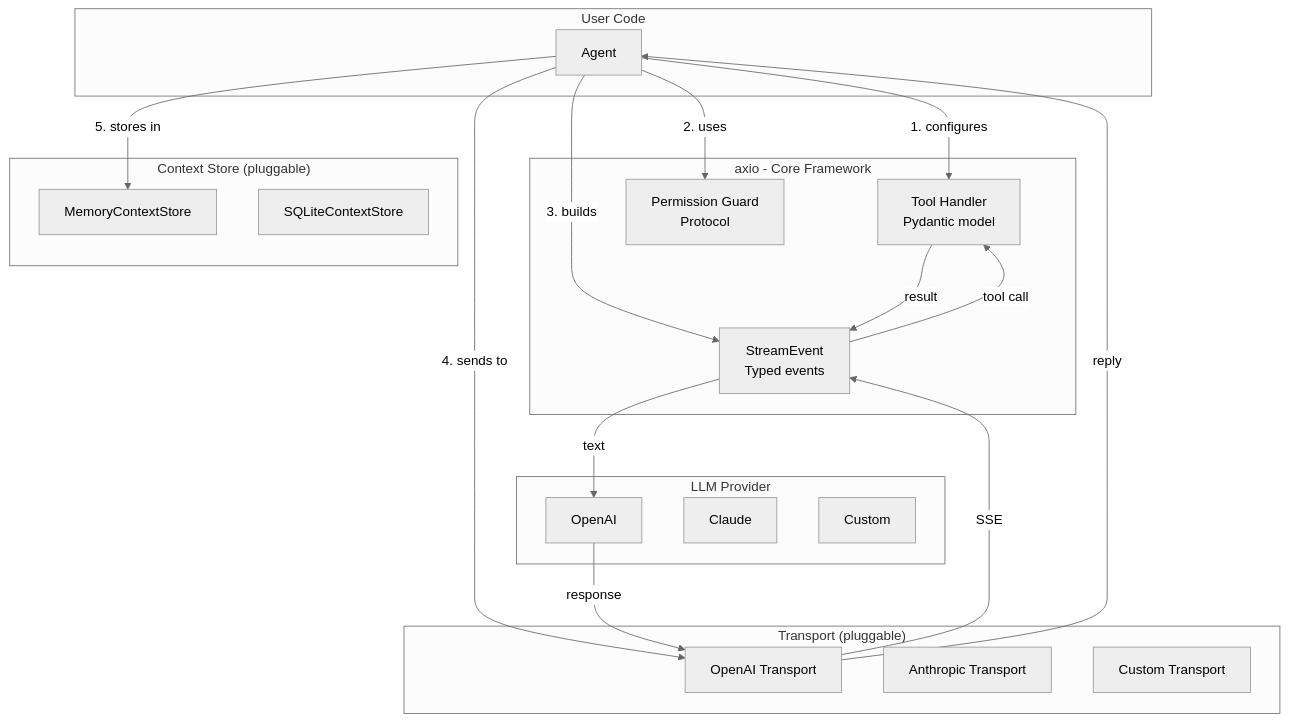
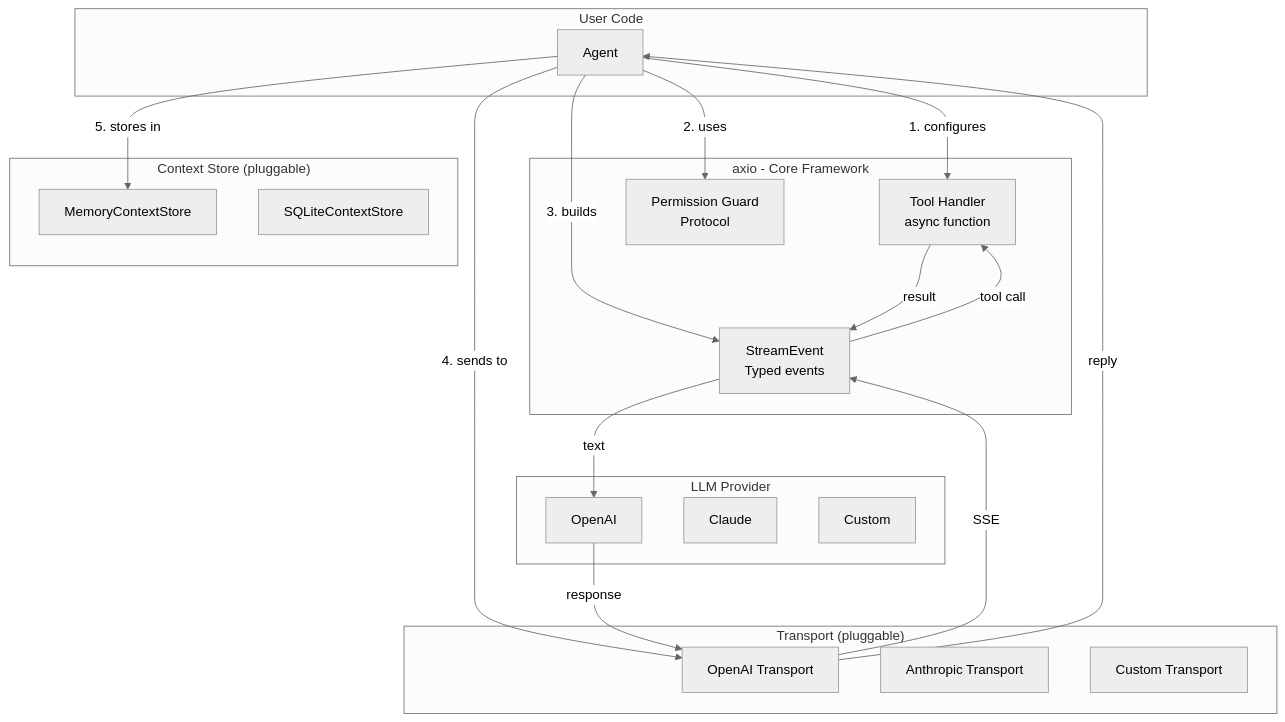
The diagram in docs/index.md (mosquito/axio-agent), drawn with Mermaid (neutral theme) before and after one commit. The commit also changed other lines of this file and 149 other files, not shown here.

````diff
--- a/docs/index.md
+++ b/docs/index.md
@@ -206,41 +202,41 @@
 ```{mermaid}
 flowchart TB
     subgraph User["User Code"]
         A[Agent]
     end
 
     subgraph Core["axio - Core Framework"]
-        B[Tool Handler<br/>Pydantic model]
+        B[Tool Handler<br/>async function]
         C[Permission Guard<br/>Protocol]
         D[StreamEvent<br/>Typed events]
     end
 
     subgraph Transport["Transport (pluggable)"]
         E[OpenAI Transport]
         F[Anthropic Transport]
         G[Custom Transport]
     end
 
     subgraph Context["Context Store (pluggable)"]
         H[MemoryContextStore]
         I[SQLiteContextStore]
     end
 
     subgraph LLM["LLM Provider"]
         J[OpenAI]
         K[Claude]
         L[Custom]
     end
 
     A -->|1. configures| B
     A -->|2. uses| C
     A -->|3. builds| D
     A -->|4. sends to| E
     A -->|5. stores in| H
     E -->|SSE| D
     D -->|tool call| B
     B -->|result| D
     D -->|text| J
     J -->|response| E
     E -->|reply| A
 ```
````
